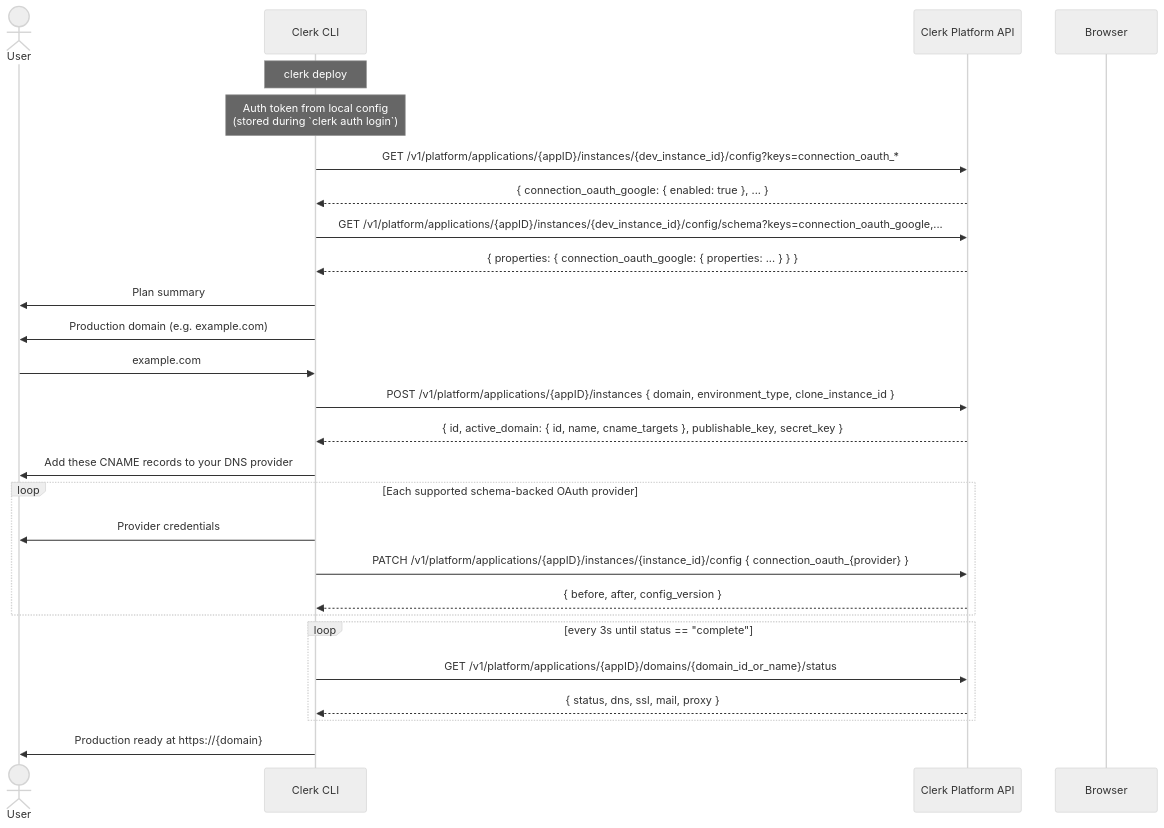
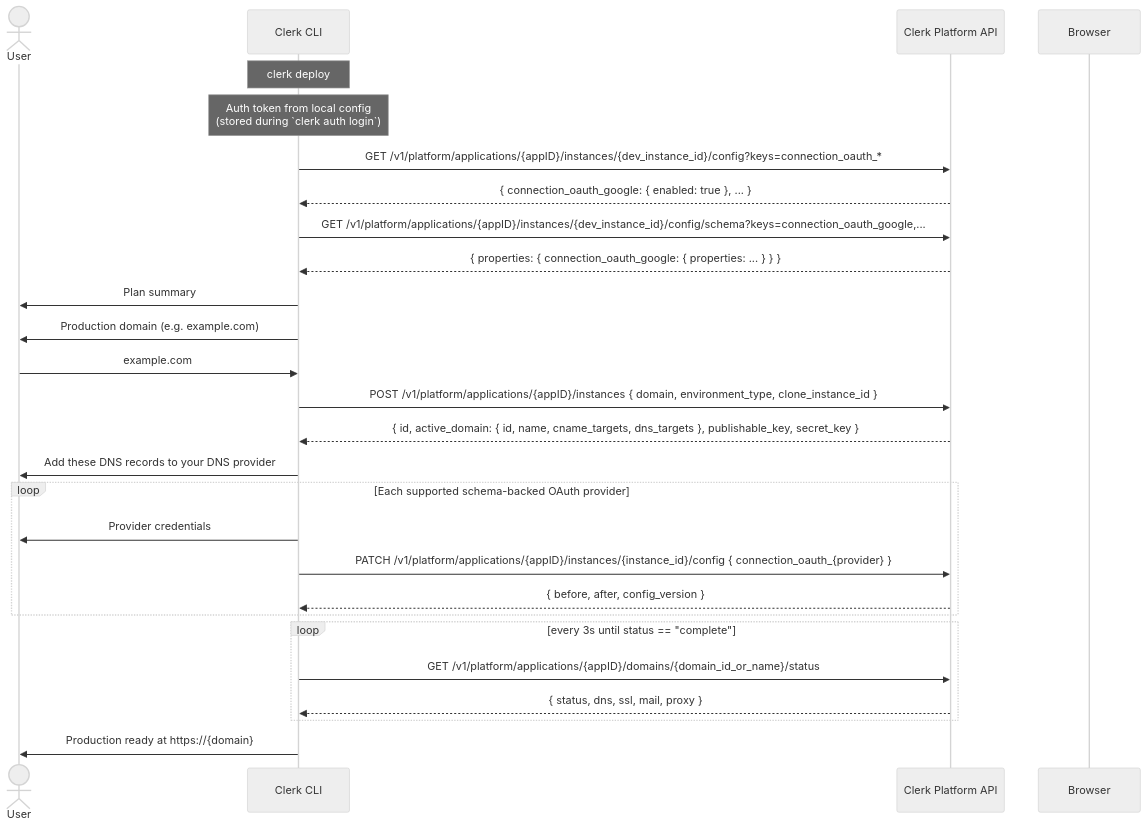
Before and after one commit to clerk/cli: the diagram in packages/cli-core/src/commands/deploy/README.md, drawn with Mermaid (neutral theme). The commit also changed other lines of this file, not shown here.

Commit message:
docs(deploy): describe dns_targets and the DMARC record in the deploy README

````diff
--- a/packages/cli-core/src/commands/deploy/README.md
+++ b/packages/cli-core/src/commands/deploy/README.md
@@ -151,44 +151,44 @@
 ```mermaid
 sequenceDiagram
     actor User
     participant CLI as Clerk CLI
     participant API as Clerk Platform API
     participant Browser
 
     Note over CLI: clerk deploy
 
     %% Auth & app context
     Note over CLI: Auth token from local config<br/>(stored during `clerk auth login`)
 
     %% Discover enabled OAuth providers in dev
     CLI->>API: GET /v1/platform/applications/{appID}/instances/{dev_instance_id}/config?keys=connection_oauth_*
     API-->>CLI: { connection_oauth_google: { enabled: true }, ... }
     CLI->>API: GET /v1/platform/applications/{appID}/instances/{dev_instance_id}/config/schema?keys=connection_oauth_google,...
     API-->>CLI: { properties: { connection_oauth_google: { properties: ... } } }
 
     %% Plan summary + domain
     CLI->>User: Plan summary
     CLI->>User: Production domain (e.g. example.com)
     User->>CLI: example.com
 
     %% Create production instance + domain in one round-trip, including clone validation
     CLI->>API: POST /v1/platform/applications/{appID}/instances { domain, environment_type, clone_instance_id }
-    API-->>CLI: { id, active_domain: { id, name, cname_targets }, publishable_key, secret_key }
+    API-->>CLI: { id, active_domain: { id, name, cname_targets, dns_targets }, publishable_key, secret_key }
 
-    CLI->>User: Add these CNAME records to your DNS provider
+    CLI->>User: Add these DNS records to your DNS provider
 
     %% OAuth credential loop
     loop Each supported schema-backed OAuth provider
         CLI->>User: Provider credentials
         CLI->>API: PATCH /v1/platform/applications/{appID}/instances/{instance_id}/config { connection_oauth_{provider} }
         API-->>CLI: { before, after, config_version }
     end
 
     %% Poll domain status
     loop every 3s until status == "complete"
         CLI->>API: GET /v1/platform/applications/{appID}/domains/{domain_id_or_name}/status
         API-->>CLI: { status, dns, ssl, mail, proxy }
     end
 
     CLI->>User: Production ready at https://{domain}
 ```
````
